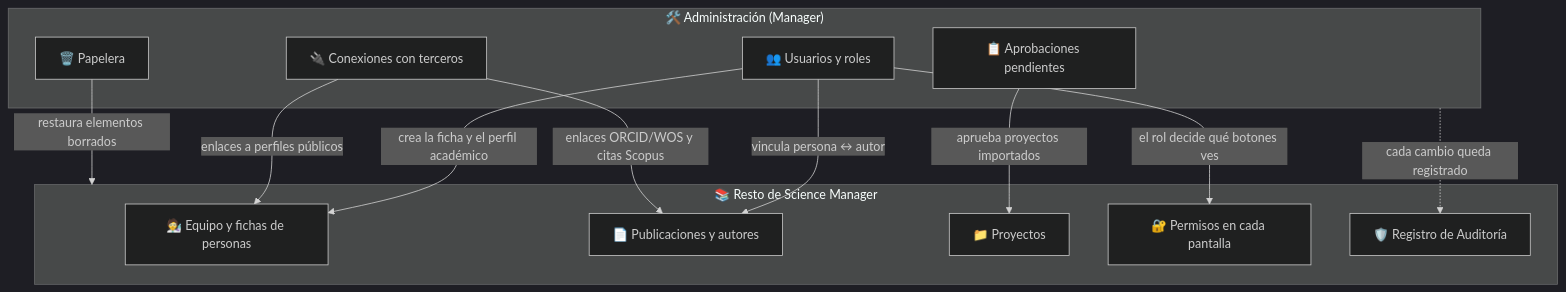
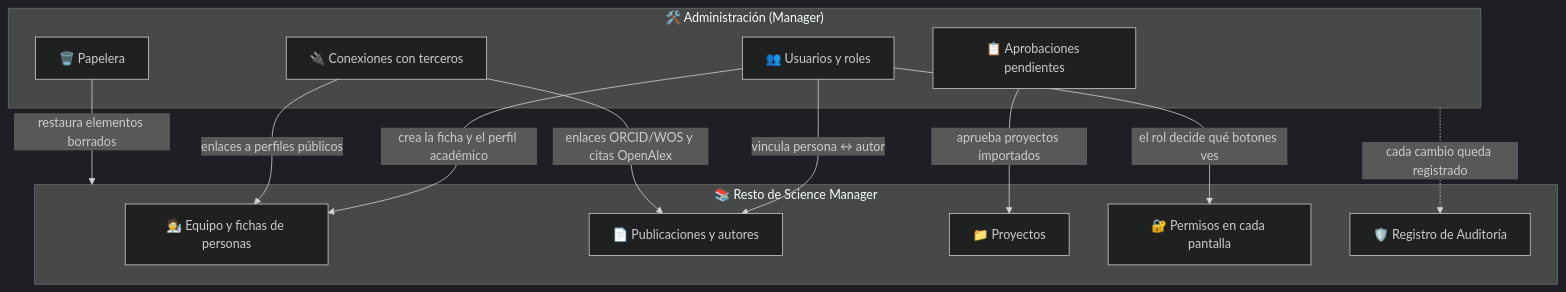
One commit to sciencemanager/docs changed the diagram in docs/04-administration/01-admin-panel.md. Above: the diagram before and after it, drawn with Mermaid (dark theme). The commit also changed other lines of this file and 3 other files, not shown here.

Commit message:
docs: update knowledge base, ADRs, and runbook for OpenAlex integration

````diff
--- a/docs/04-administration/01-admin-panel.md
+++ b/docs/04-administration/01-admin-panel.md
@@ -51,24 +51,24 @@
 ```mermaid
 flowchart TB
     subgraph ADM["🛠️ Administración (Manager)"]
         U["👥 Usuarios y roles"]
         A["📋 Aprobaciones pendientes"]
         T["🔌 Conexiones con terceros"]
         P["🗑️ Papelera"]
     end
     subgraph SYS["📚 Resto de Science Manager"]
         EQ["🧑‍🔬 Equipo y fichas de personas"]
         PUB["📄 Publicaciones y autores"]
         PRJ["📁 Proyectos"]
         PERM["🔐 Permisos en cada pantalla"]
         AUD["🛡️ Registro de Auditoría"]
     end
     U -->|"crea la ficha y el perfil académico"| EQ
     U -->|"vincula persona ↔ autor"| PUB
     U -->|"el rol decide qué botones ves"| PERM
     A -->|"aprueba proyectos importados"| PRJ
-    T -->|"enlaces ORCID/WOS y citas Scopus"| PUB
+    T -->|"enlaces ORCID/WOS y citas OpenAlex"| PUB
     T -->|"enlaces a perfiles públicos"| EQ
     P -->|"restaura elementos borrados"| SYS
     ADM -.->|"cada cambio queda registrado"| AUD
 ```
````
